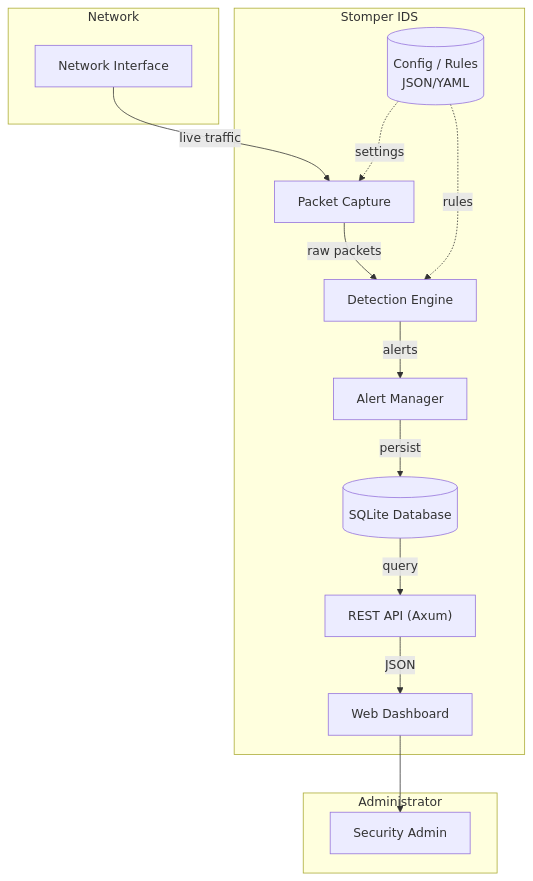
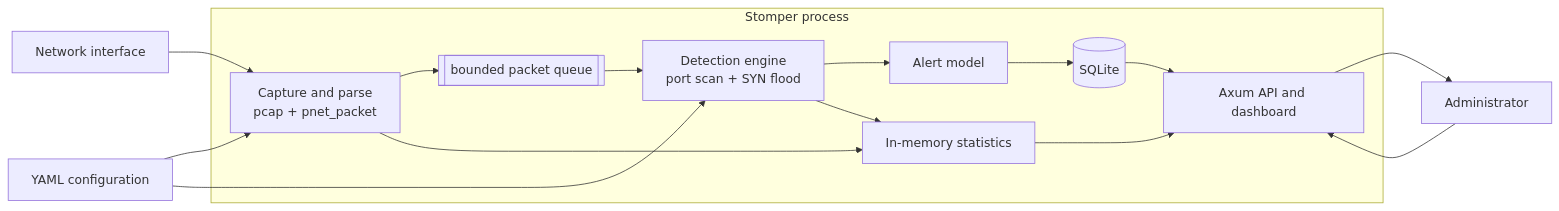
Before and after one commit to void-kusho/Stomper: the second of 2 diagrams in docs/development/architecture.md, drawn with Mermaid. The commit also changed other lines of this file and 1 other file, not shown here.

Commit message:
Add readme.md and architecture.md

````diff
--- a/docs/development/architecture.md
+++ b/docs/development/architecture.md
@@ -13,30 +85,30 @@
 ```mermaid
-flowchart TB
-    subgraph Network["Network"]
-        NIC["Network Interface"]
+flowchart LR
+    NIC["Network interface"]
+    ADMIN["Administrator"]
+    CONFIG["YAML configuration"]
+
+    subgraph APP["Stomper process"]
+        CAPTURE["Capture and parse<br/>pcap + pnet_packet"]
+        QUEUE[["bounded packet queue"]]
+        DETECT["Detection engine<br/>port scan + SYN flood"]
+        ALERT["Alert model"]
+        DB[("SQLite")]
+        STATS["In-memory statistics"]
+        WEB["Axum API and dashboard"]
     end
 
-    subgraph Stomper["Stomper IDS"]
-        PC["Packet Capture"]
-        DE["Detection Engine"]
-        AM["Alert Manager"]
-        DB[("SQLite Database")]
-        API["REST API (Axum)"]
-        UI["Web Dashboard"]
-        CFG[("Config / Rules<br/>JSON/YAML")]
-    end
-
-    subgraph Admin["Administrator"]
-        ADMIN["Security Admin"]
-    end
-
-    NIC -->|"live traffic"| PC
-    PC -->|"raw packets"| DE
-    DE -->|"alerts"| AM
-    AM -->|"persist"| DB
-    DB -->|"query"| API
-    API -->|"JSON"| UI
-    UI --> ADMIN
-    CFG -.->|"rules"| DE
-    CFG -.->|"settings"| PC
+    NIC --> CAPTURE
+    CONFIG --> CAPTURE
+    CONFIG --> DETECT
+    CAPTURE --> QUEUE
+    CAPTURE --> STATS
+    QUEUE --> DETECT
+    DETECT --> ALERT
+    ALERT --> DB
+    DETECT --> STATS
+    DB --> WEB
+    STATS --> WEB
+    ADMIN --> WEB
+    WEB --> ADMIN
 ```
````
